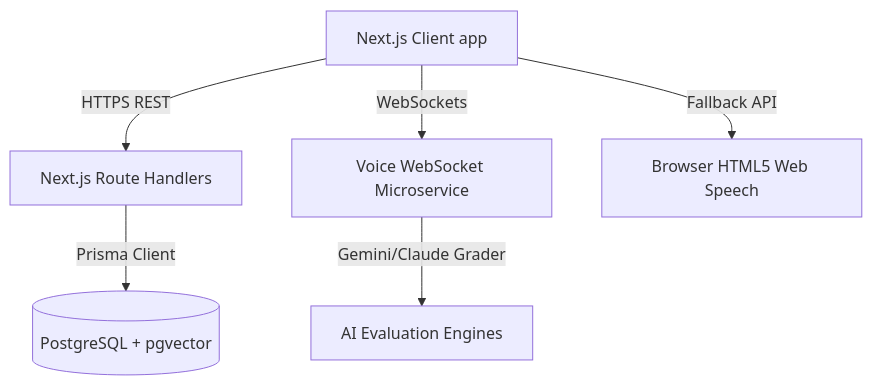
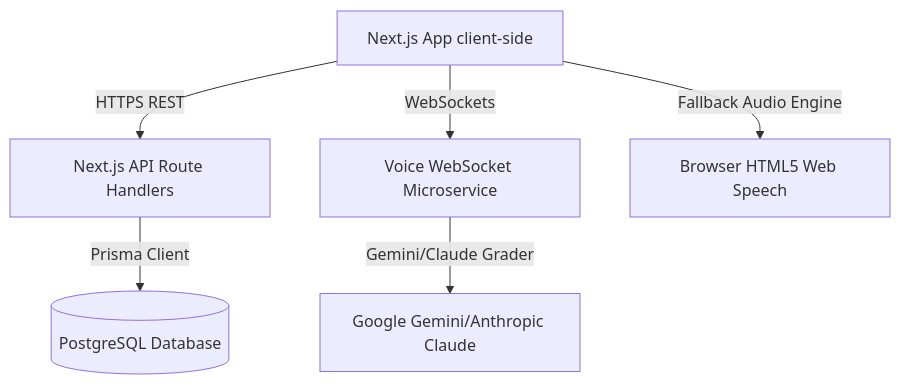
One commit to harshmriduhash/Interviewforge-ai changed the diagram in README.md. Above: the diagram before and after it, drawn with Mermaid. The commit also changed other lines of this file, not shown here.

````diff
--- a/README.md
+++ b/README.md
@@ -20,8 +42,8 @@
 ```mermaid
 graph TD
-    Client[Next.js Client app] -->|HTTPS REST| NextAPI[Next.js Route Handlers]
+    Client[Next.js App client-side] -->|HTTPS REST| NextAPI[Next.js API Route Handlers]
     Client -->|WebSockets| VoiceService[Voice WebSocket Microservice]
-    NextAPI -->|Prisma Client| Postgres[(PostgreSQL + pgvector)]
-    VoiceService -->|Gemini/Claude Grader| LLM[AI Evaluation Engines]
-    Client -->|Fallback API| BrowserSpeech[Browser HTML5 Web Speech]
+    NextAPI -->|Prisma Client| DB[(PostgreSQL Database)]
+    VoiceService -->|Gemini/Claude Grader| LLM[Google Gemini/Anthropic Claude]
+    Client -->|Fallback Audio Engine| WebSpeech[Browser HTML5 Web Speech]
 ```
````
